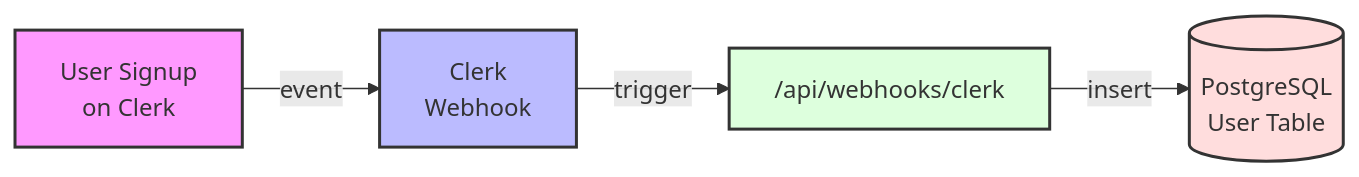
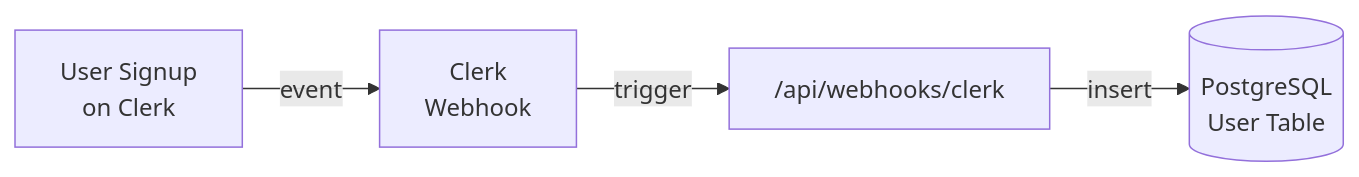
Before and after one commit to webdevsk/tailus-feedus: the diagram in README.md, drawn with Mermaid.

Commit message:
Readme Hotfix 2

````diff
--- a/README.md
+++ b/README.md
@@ -53,11 +53,6 @@
 ```mermaid
 flowchart LR;
 A["User Signup\non Clerk"] -->|event| B["Clerk\nWebhook"];
 B -->|trigger| C["/api/webhooks/clerk"];
 C -->|insert| D[(PostgreSQL\nUser Table)];
-
-    style A fill:#f9f,stroke:#333,stroke-width:2px
-    style B fill:#bbf,stroke:#333,stroke-width:2px
-    style C fill:#dfd,stroke:#333,stroke-width:2px
-    style D fill:#fdd,stroke:#333,stroke-width:2px
 ```
````
